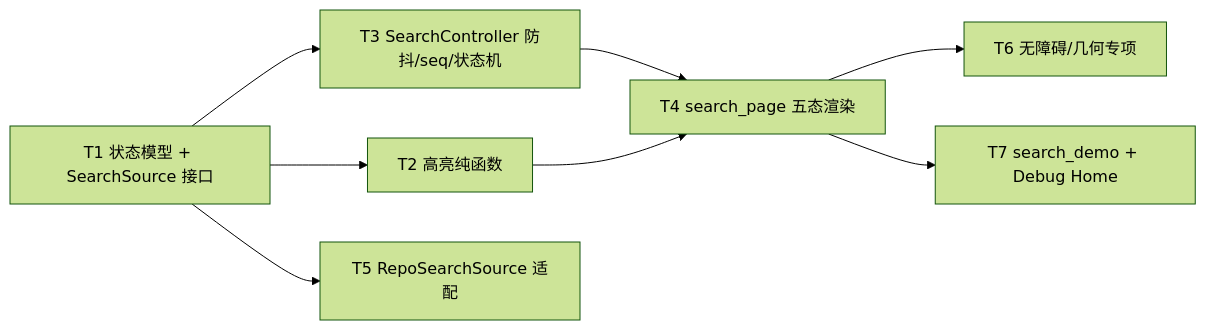
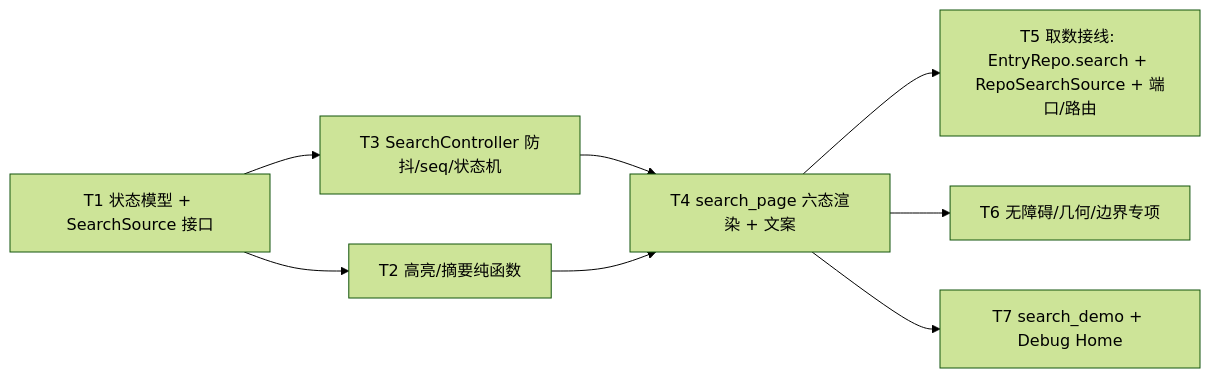
One commit to cr1992/DayZ changed the diagram in specs/active/search-screen/tasks.md. Above: the diagram before and after it, drawn with Mermaid (forest theme). The commit also changed other lines of this file and 3 other files, not shown here.

````diff
--- a/specs/active/search-screen/tasks.md
+++ b/specs/active/search-screen/tasks.md
@@ -13,10 +13,10 @@
 ```mermaid
 graph LR
-  T1[T1 状态模型 + SearchSource 接口] --> T2[T2 高亮纯函数]
+  T1[T1 状态模型 + SearchSource 接口] --> T2[T2 高亮/摘要纯函数]
   T1 --> T3[T3 SearchController 防抖/seq/状态机]
-  T1 --> T5[T5 RepoSearchSource 适配]
-  T3 --> T4[T4 search_page 五态渲染]
+  T3 --> T4[T4 search_page 六态渲染 + 文案]
   T2 --> T4
-  T4 --> T6[T6 无障碍/几何专项]
+  T4 --> T5[T5 取数接线: EntryRepo.search + RepoSearchSource + 端口/路由]
+  T4 --> T6[T6 无障碍/几何/边界专项]
   T4 --> T7[T7 search_demo + Debug Home]
 ```
````
